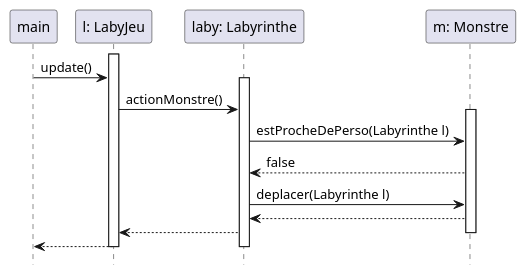
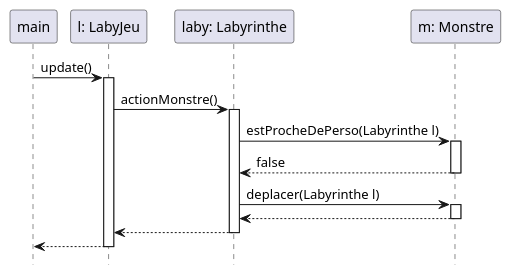
The diagram in zeldiablo/documents/version_2/diagseq_attaquePersoLoin.puml (Erwanquilliou/2024_Zeldiablo_quilliou2u_leveque58u), drawn with PlantUML before and after one commit. The commit also changed 2 other files, not shown here.

```diff
--- a/zeldiablo/documents/version_2/diagseq_attaquePersoLoin.puml
+++ b/zeldiablo/documents/version_2/diagseq_attaquePersoLoin.puml
@@ -1,30 +1,33 @@
 @startuml
 hide footbox
 
 participant "main" as m
 participant "l: LabyJeu" as lj
 participant "laby: Labyrinthe" as lb
 participant "m: Monstre" as ms
+m -> lj : update()
 activate lj
-m -> lj : update()
 
+lj -> lb : actionMonstre()
 activate lb
-lj -> lb : actionMonstre()
+
+lb -> ms : estProcheDePerso(Labyrinthe l)
 activate ms
-lb -> ms : estProcheDePerso(Labyrinthe l)
 ms --> lb : false
+deactivate ms
 
 
 lb -> ms : deplacer(Labyrinthe l)
-
+activate ms
 
 ms --> lb
+deactivate ms
 
 
 lb --> lj
 deactivate ms
+deactivate lb
 
 lj --> m
-deactivate lb
 deactivate lj
 @enduml
```
